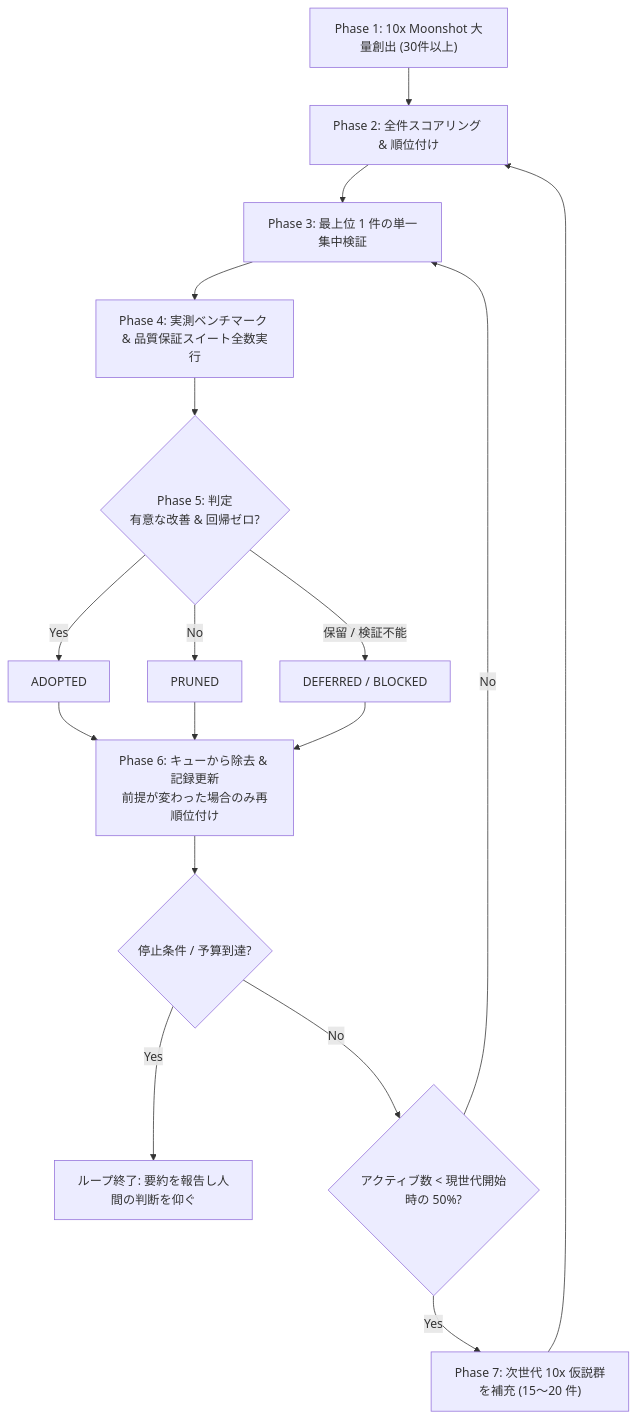
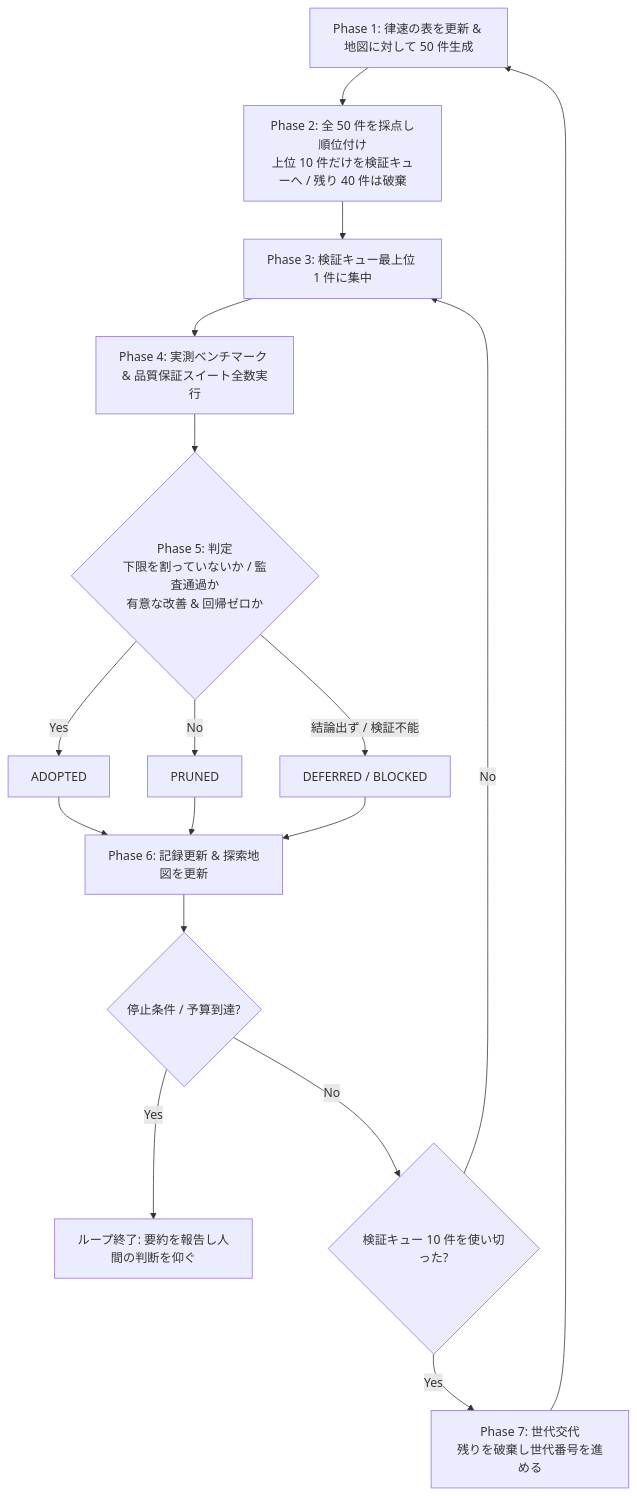
One commit to shutsuruwork-afk/sister-problem changed the diagram in .agents/skills/fail-fast-moonshot-loop/SKILL.md. Above: the diagram before and after it, drawn with Mermaid. The commit also changed other lines of this file, not shown here.

````diff
--- a/.agents/skills/fail-fast-moonshot-loop/SKILL.md
+++ b/.agents/skills/fail-fast-moonshot-loop/SKILL.md
@@ -234,19 +313,19 @@
 ```mermaid
 graph TD
-    P1["Phase 1: 10x Moonshot 大量創出 (30件以上)"] --> P2["Phase 2: 全件スコアリング & 順位付け"]
-    P2 --> P3["Phase 3: 最上位 1 件の単一集中検証"]
+    P1["Phase 1: 律速の表を更新 & 地図に対して 50 件生成"] --> P2["Phase 2: 全 50 件を採点し順位付け<br/>上位 10 件だけを検証キューへ / 残り 40 件は破棄"]
+    P2 --> P3["Phase 3: 検証キュー最上位 1 件に集中"]
     P3 --> P4["Phase 4: 実測ベンチマーク & 品質保証スイート全数実行"]
-    P4 --> P5{"Phase 5: 判定<br/>有意な改善 & 回帰ゼロ?"}
+    P4 --> P5{"Phase 5: 判定<br/>下限を割っていないか / 監査通過か<br/>有意な改善 & 回帰ゼロか"}
     P5 -- "Yes" --> V1["ADOPTED"]
     P5 -- "No" --> V2["PRUNED"]
-    P5 -- "保留 / 検証不能" --> V3["DEFERRED / BLOCKED"]
-    V1 --> P6["Phase 6: キューから除去 & 記録更新<br/>前提が変わった場合のみ再順位付け"]
+    P5 -- "結論出ず / 検証不能" --> V3["DEFERRED / BLOCKED"]
+    V1 --> P6["Phase 6: 記録更新 & 探索地図を更新"]
     V2 --> P6
     V3 --> P6
     P6 --> S{"停止条件 / 予算到達?"}
     S -- "Yes" --> E["ループ終了: 要約を報告し人間の判断を仰ぐ"]
-    S -- "No" --> R{"アクティブ数 < 現世代開始時の 50%?"}
-    R -- "Yes" --> P7["Phase 7: 次世代 10x 仮説群を補充 (15〜20 件)"]
-    P7 --> P2
+    S -- "No" --> R{"検証キュー 10 件を使い切った?"}
+    R -- "Yes" --> P7["Phase 7: 世代交代<br/>残りを破棄し世代番号を進める"]
+    P7 --> P1
     R -- "No" --> P3
 ```
````
